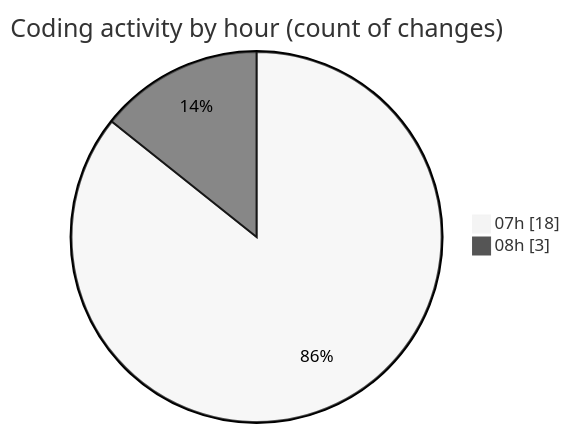
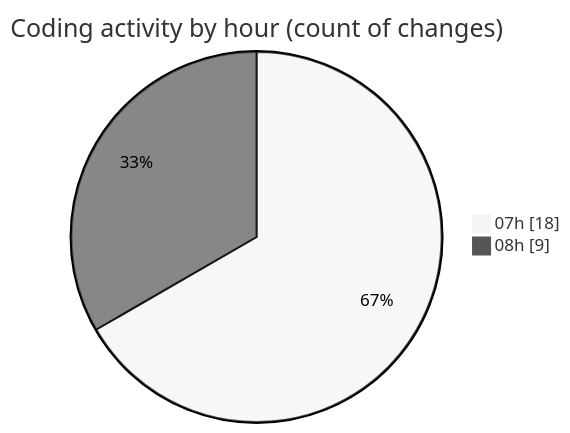
The second of 2 diagrams in 2025-02-03/mbc-web/README.md (robertbonfada/code-tracking), drawn with Mermaid (neutral theme) before and after one commit. The commit also changed other lines of this file and 1 other file, not shown here.

````diff
--- a/2025-02-03/mbc-web/README.md
+++ b/2025-02-03/mbc-web/README.md
@@ -34,6 +34,6 @@
 ```mermaid
 pie showData
 title Coding activity by hour (count of changes)
 "07h" : 18
-"08h" : 3
+"08h" : 9
 ```
````
